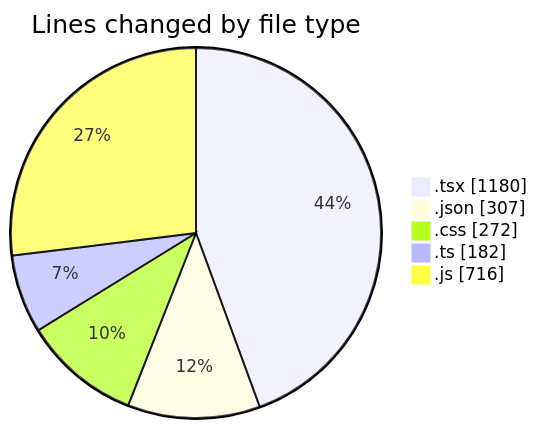
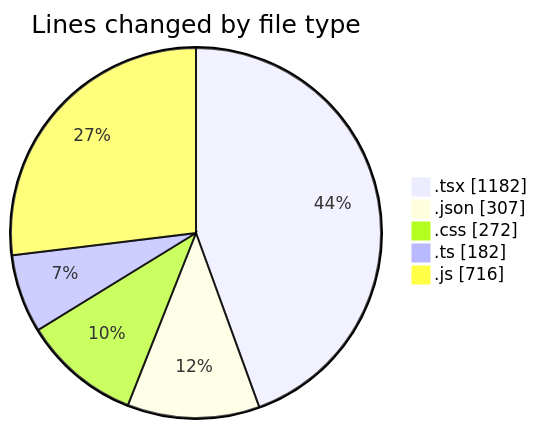
The first of 2 diagrams in 2025-05-04/niten/README.md (Elitesun/code-tracking), drawn with Mermaid before and after one commit. The commit also changed other lines of this file and 1 other file, not shown here.

````diff
--- a/2025-05-04/niten/README.md
+++ b/2025-05-04/niten/README.md
@@ -45,9 +47,9 @@
 ```mermaid
 pie showData
 title Lines changed by file type
-".tsx" : 1180
+".tsx" : 1182
 ".json" : 307
 ".css" : 272
 ".ts" : 182
 ".js" : 716
 ```
````
